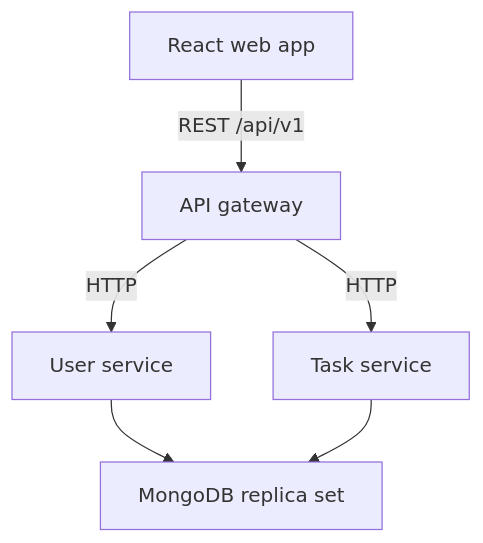
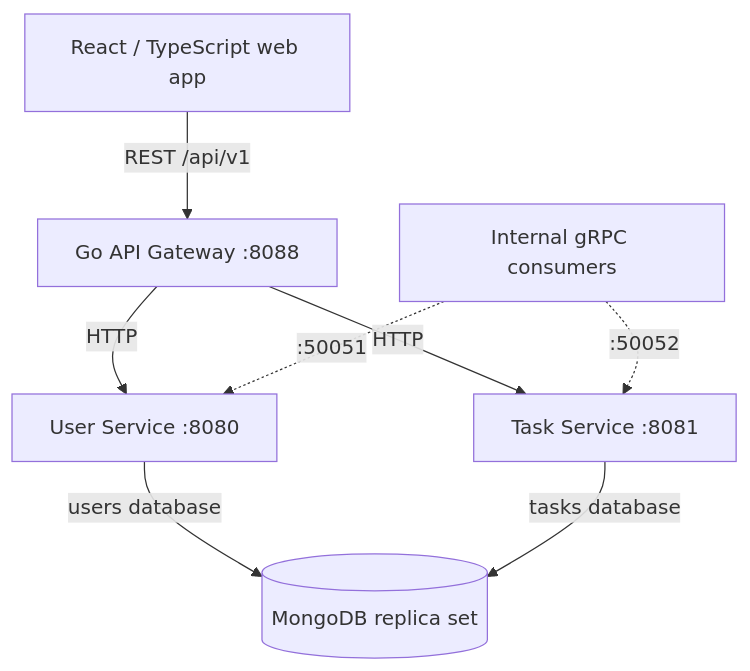
One commit to Ishan-Gijavanekar/Task-Management changed the diagram in README.md. Above: the diagram before and after it, drawn with Mermaid. The commit also changed other lines of this file, not shown here.

````diff
--- a/README.md
+++ b/README.md
@@ -14,8 +21,10 @@
 ```mermaid
 flowchart TD
-    Web["React web app"] -->|"REST /api/v1"| Gateway["API gateway"]
-    Gateway -->|"HTTP"| User["User service"]
-    Gateway -->|"HTTP"| Task["Task service"]
-    User --> Mongo["MongoDB replica set"]
-    Task --> Mongo
+    Browser[React / TypeScript web app] -->|REST /api/v1| Gateway[Go API Gateway :8088]
+    Gateway -->|HTTP| User[User Service :8080]
+    Gateway -->|HTTP| Task[Task Service :8081]
+    User -->|users database| Mongo[(MongoDB replica set)]
+    Task -->|tasks database| Mongo
+    GRPC[Internal gRPC consumers] -.->|:50051| User
+    GRPC -.->|:50052| Task
 ```
````
